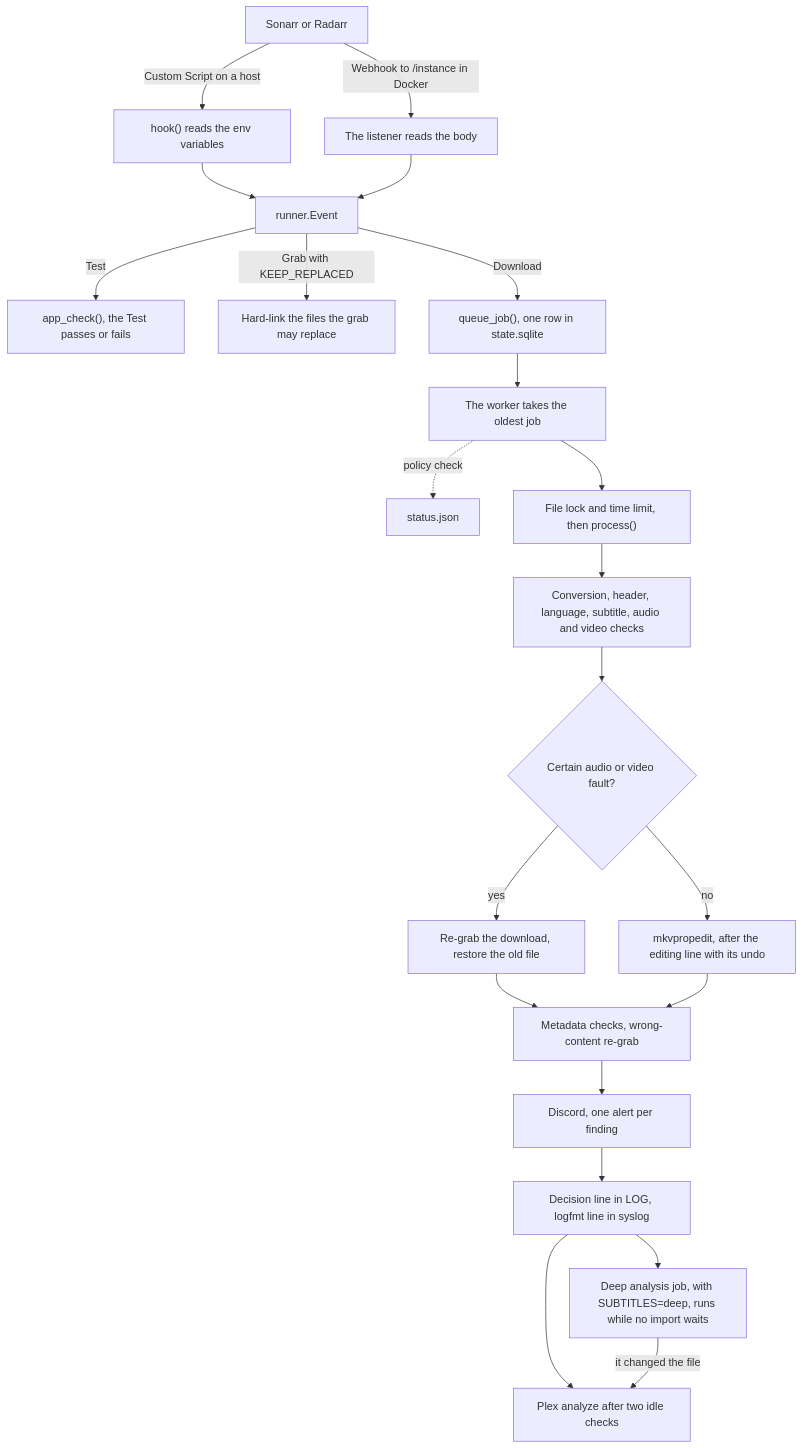
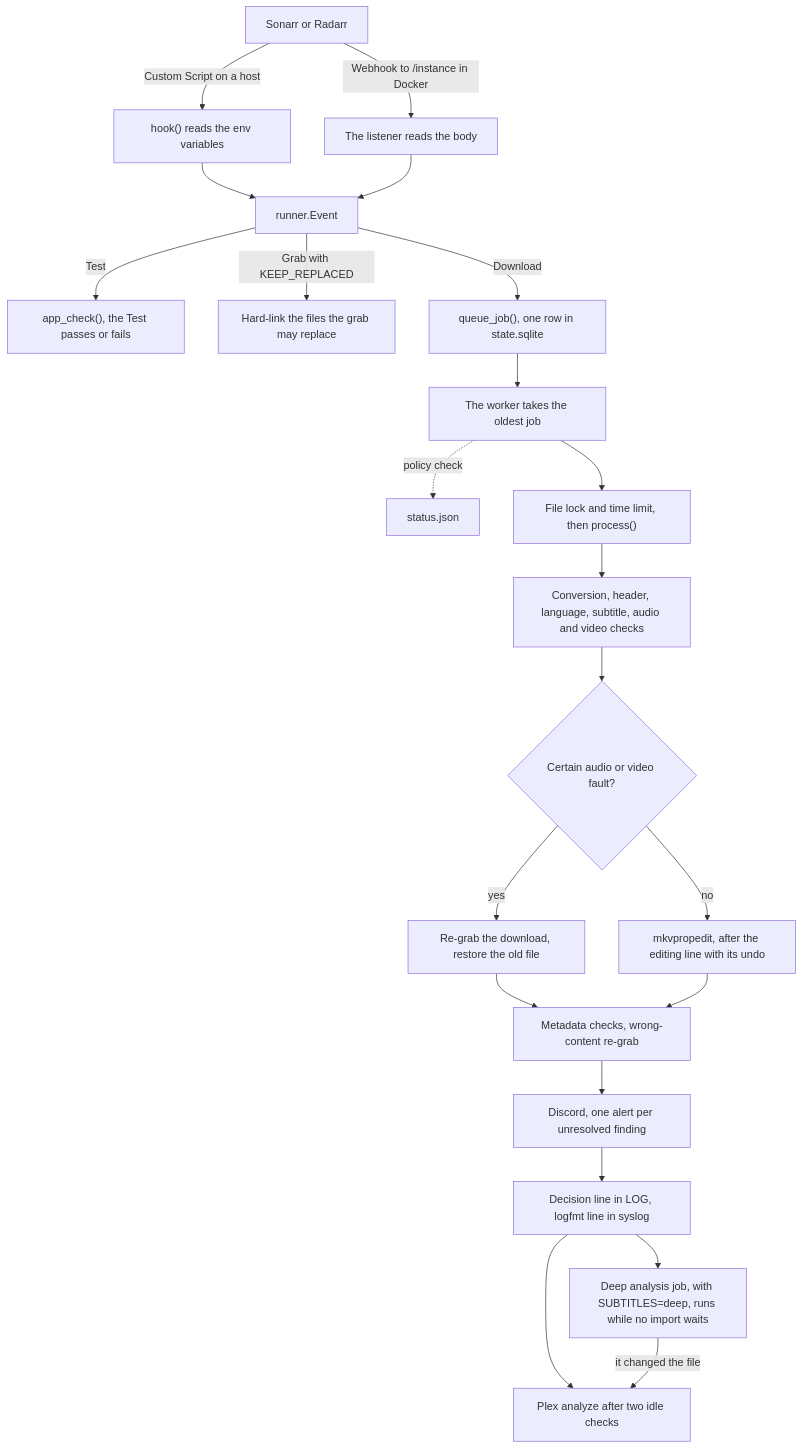
Before and after one commit to samwiseg0/arr-media-guard: the diagram in docs/how-it-works.md, drawn with Mermaid. The commit also changed other lines of this file and 36 other files, not shown here.

````diff
--- a/docs/how-it-works.md
+++ b/docs/how-it-works.md
@@ -14,25 +14,25 @@
 ```mermaid
 flowchart TD
     app["Sonarr or Radarr"]
     app -->|"Custom Script on a host"| hook["hook() reads the env variables"]
     app -->|"Webhook to /instance in Docker"| listener["The listener reads the body"]
     hook --> event["runner.Event"]
     listener --> event
     event -->|"Test"| test["app_check(), the Test passes or fails"]
     event -->|"Grab with KEEP_REPLACED"| keep["Hard-link the files the grab may replace"]
     event -->|"Download"| queue["queue_job(), one row in state.sqlite"]
     queue --> worker["The worker takes the oldest job"]
     worker -.->|"policy check"| status["status.json"]
     worker --> process["File lock and time limit, then process()"]
     process --> checks["Conversion, header, language, subtitle, audio and video checks"]
     checks --> fault{"Certain audio or video fault?"}
     fault -->|"yes"| regrab["Re-grab the download, restore the old file"]
     fault -->|"no"| edit["mkvpropedit, after the editing line with its undo"]
     regrab --> meta["Metadata checks, wrong-content re-grab"]
     edit --> meta
-    meta --> discord["Discord, one alert per finding"]
+    meta --> discord["Discord, one alert per unresolved finding"]
     discord --> decision["Decision line in LOG, logfmt line in syslog"]
     decision --> plex["Plex analyze after two idle checks"]
     decision --> deep["Deep analysis job, with SUBTITLES=deep, runs while no import waits"]
     deep -->|"it changed the file"| plex
 ```
````
